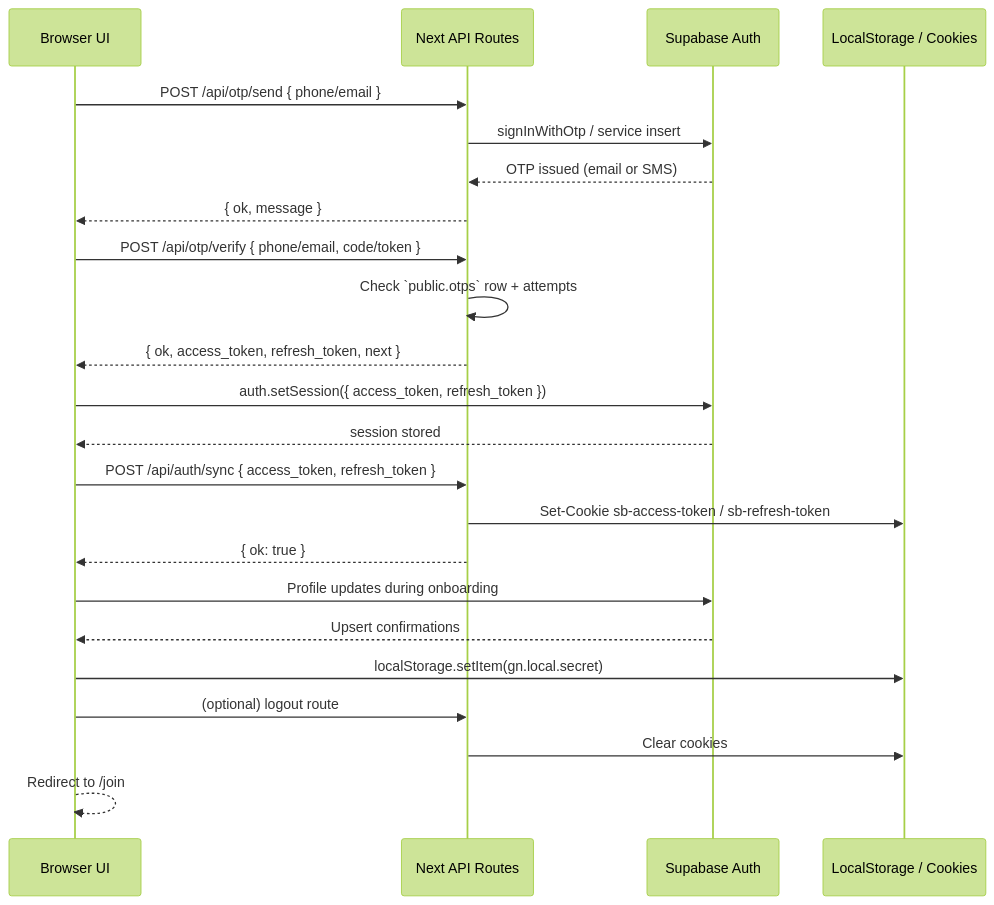
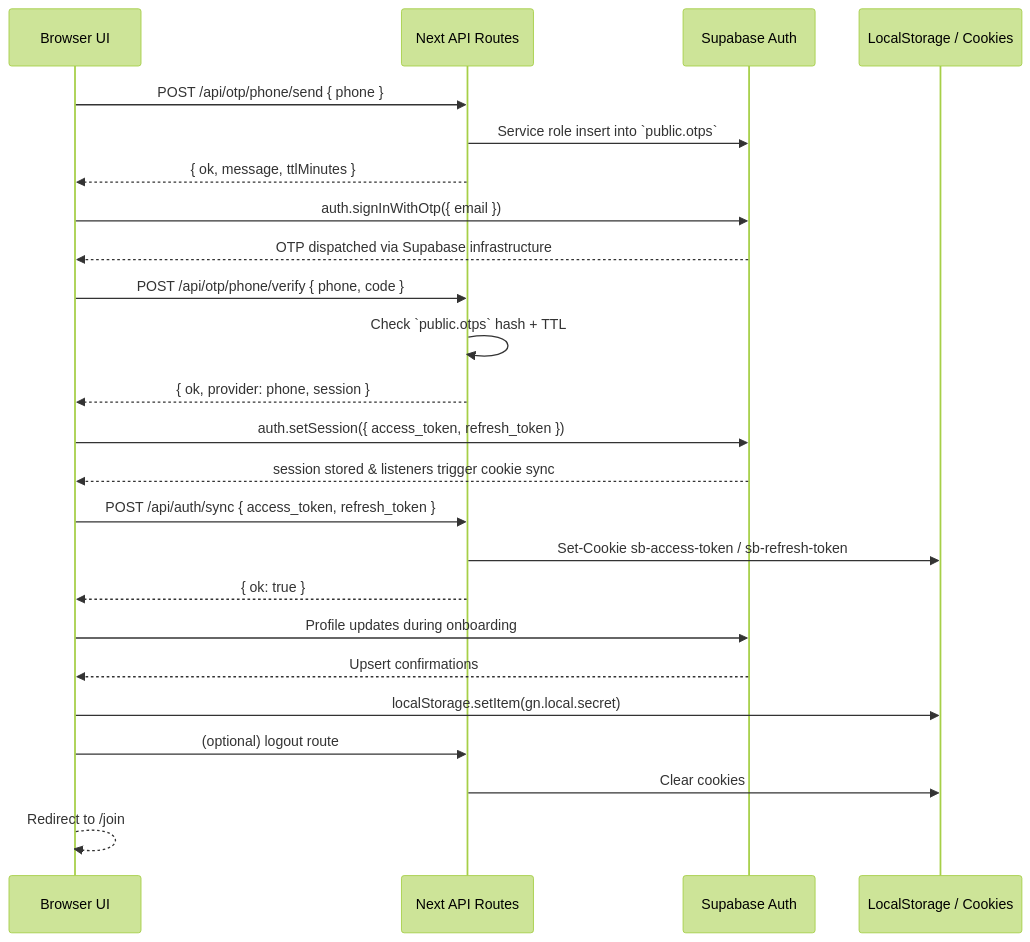
The second of 2 diagrams in AUTH_CONTROL_TOWER.md (Zenslim/Gatishil), drawn with Mermaid (forest theme) before and after one commit. The commit also changed other lines of this file and 8 other files, not shown here.

Commit message:
Refactor join OTP flows into separate phone and email lanes

````diff
--- a/AUTH_CONTROL_TOWER.md
+++ b/AUTH_CONTROL_TOWER.md
@@ -102,30 +104,32 @@
 ```mermaid
 sequenceDiagram
     participant B as Browser UI
     participant API as Next API Routes
     participant SB as Supabase Auth
     participant ST as LocalStorage / Cookies
 
-    B->>API: POST /api/otp/send { phone/email }
-    API->>SB: signInWithOtp / service insert
-    SB-->>API: OTP issued (email or SMS)
-    API-->>B: { ok, message }
+    B->>API: POST /api/otp/phone/send { phone }
+    API->>SB: Service role insert into `public.otps`
+    API-->>B: { ok, message, ttlMinutes }
 
-    B->>API: POST /api/otp/verify { phone/email, code/token }
-    API->>API: Check `public.otps` row + attempts
-    API-->>B: { ok, access_token, refresh_token, next }
+    B->>SB: auth.signInWithOtp({ email })
+    SB-->>B: OTP dispatched via Supabase infrastructure
+
+    B->>API: POST /api/otp/phone/verify { phone, code }
+    API->>API: Check `public.otps` hash + TTL
+    API-->>B: { ok, provider: phone, session }
     B->>SB: auth.setSession({ access_token, refresh_token })
-    SB-->>B: session stored
+    SB-->>B: session stored & listeners trigger cookie sync
     B->>API: POST /api/auth/sync { access_token, refresh_token }
     API->>ST: Set-Cookie sb-access-token / sb-refresh-token
     API-->>B: { ok: true }
 
     B->>SB: Profile updates during onboarding
     SB-->>B: Upsert confirmations
 
     B->>ST: localStorage.setItem(gn.local.secret)
 
     B->>API: (optional) logout route
     API->>ST: Clear cookies
     B-->>B: Redirect to /join
 ```
````
